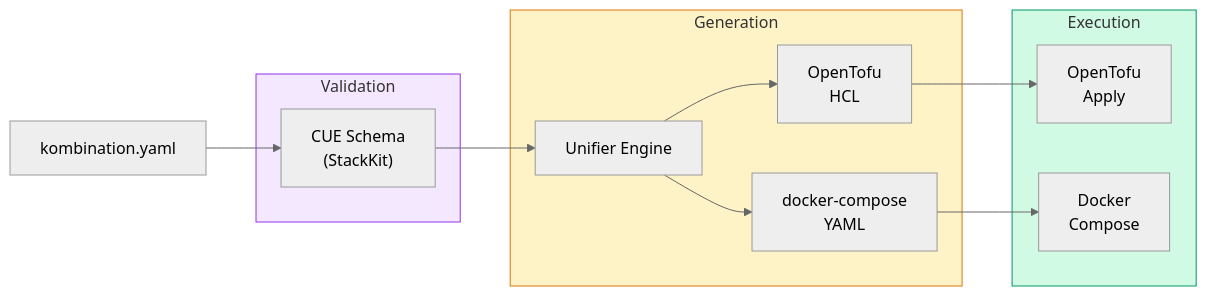
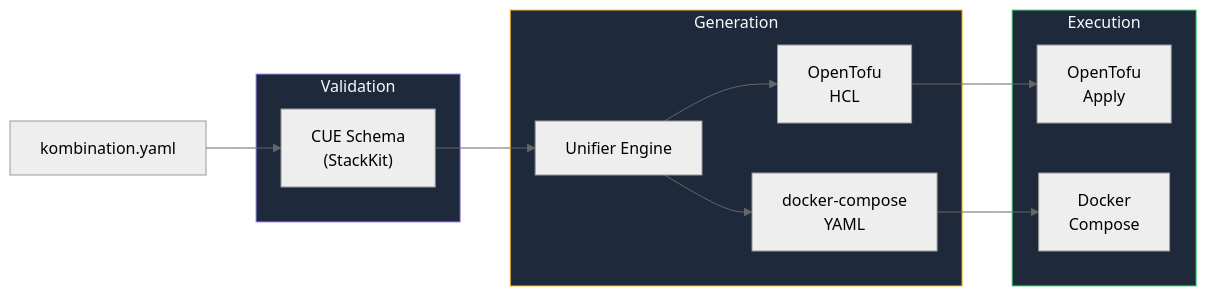
One commit to KombiverseLabs/docs changed the fifth of 8 diagrams in ecosystem.mdx. Above: the diagram before and after it, drawn with Mermaid (neutral theme). The commit also changed other lines of this file and 33 other files, not shown here.

````diff
--- a/ecosystem.mdx
+++ b/ecosystem.mdx
@@ -199,30 +199,30 @@
 ```mermaid
 graph LR
     YAML["kombination.yaml"]
     
     subgraph Validation["Validation"]
         CUE["CUE Schema<br/>(StackKit)"]
     end
     
     subgraph Generation["Generation"]
         Unifier["Unifier Engine"]
         TF["OpenTofu<br/>HCL"]
         Compose["docker-compose<br/>YAML"]
     end
     
     subgraph Execution["Execution"]
         Tofu["OpenTofu<br/>Apply"]
         Docker["Docker<br/>Compose"]
     end
     
     YAML --> CUE
     CUE --> Unifier
     Unifier --> TF
     Unifier --> Compose
     TF --> Tofu
     Compose --> Docker
     
-    style Validation fill:#f3e8ff,stroke:#9333ea
-    style Generation fill:#fef3c7,stroke:#d97706
-    style Execution fill:#d1fae5,stroke:#059669
+    style Validation fill:#1e293b,stroke:#a78bfa,color:#f8fafc
+    style Generation fill:#1e293b,stroke:#fbbf24,color:#f8fafc
+    style Execution fill:#1e293b,stroke:#4ade80,color:#f8fafc
 ```
````
